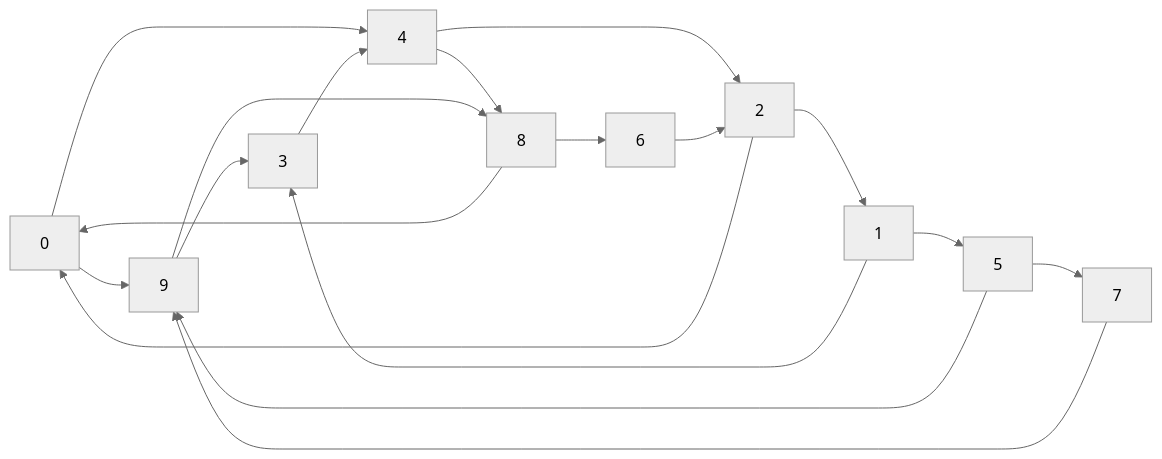
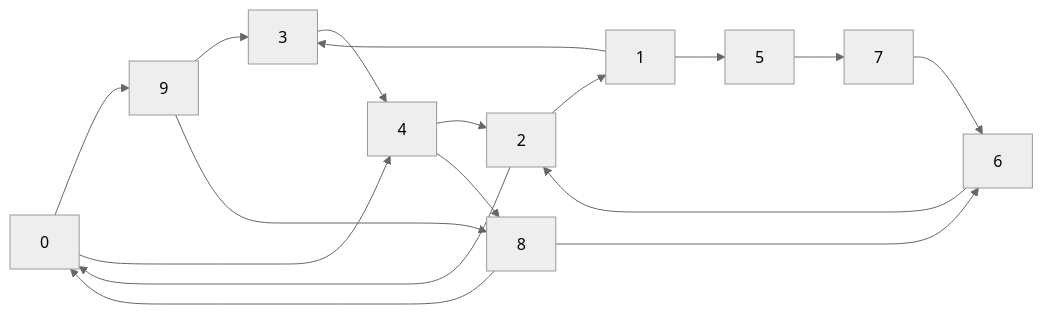
Before and after one commit to boddaert/nsi: the diagram in terminale/Structures_relationnelles_de_données/Exercices/Exercices_algorithmes_sur_les_graphes.md, drawn with Mermaid (neutral theme).

````diff
--- a/terminale/Structures_relationnelles_de_données/Exercices/Exercices_algorithmes_sur_les_graphes.md
+++ b/terminale/Structures_relationnelles_de_données/Exercices/Exercices_algorithmes_sur_les_graphes.md
@@ -5,20 +5,19 @@
 ```mermaid
     flowchart LR
         0 --> 9
         0 --> 4
         1 --> 3
         1 --> 5
         2 --> 0
         2 --> 1
         3 --> 4
         4 --> 2
         4 --> 8
         5 --> 7
-        5 --> 9
         8 --> 6
         6 --> 2
-        7 --> 9
+        7 --> 6
         8 --> 0
         9 --> 3
         9 --> 8
 ```
````
